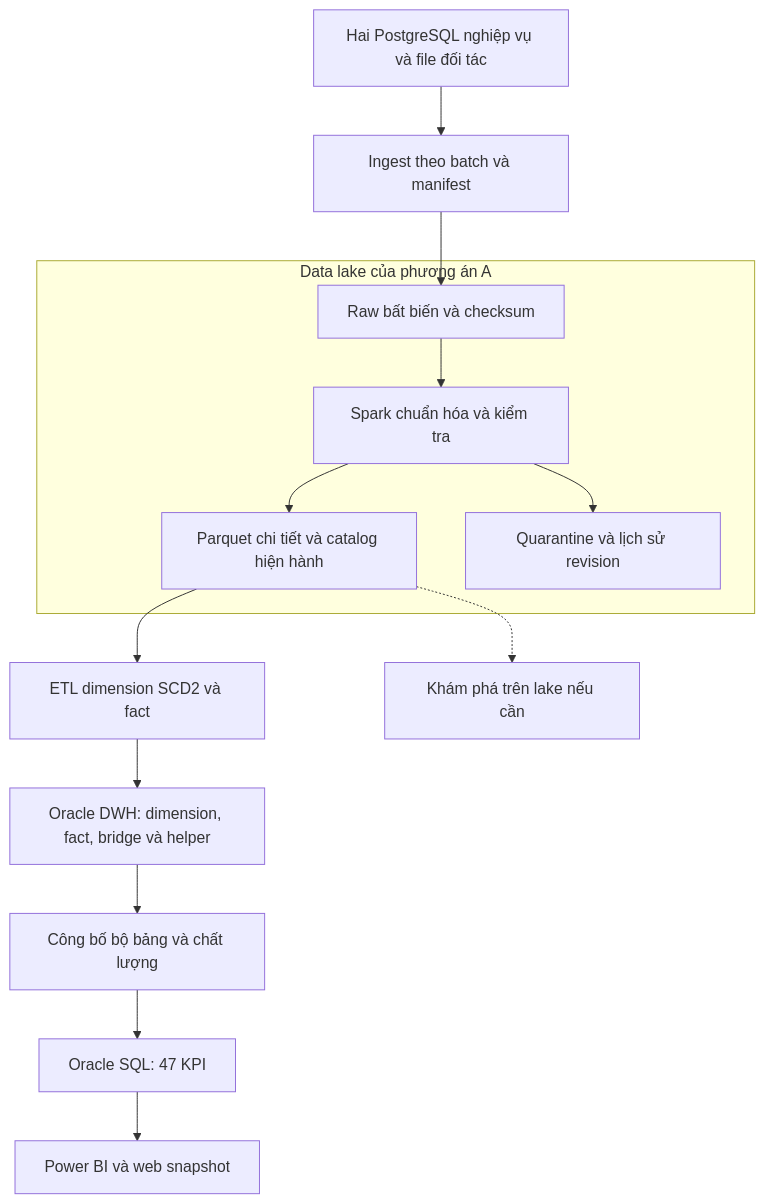
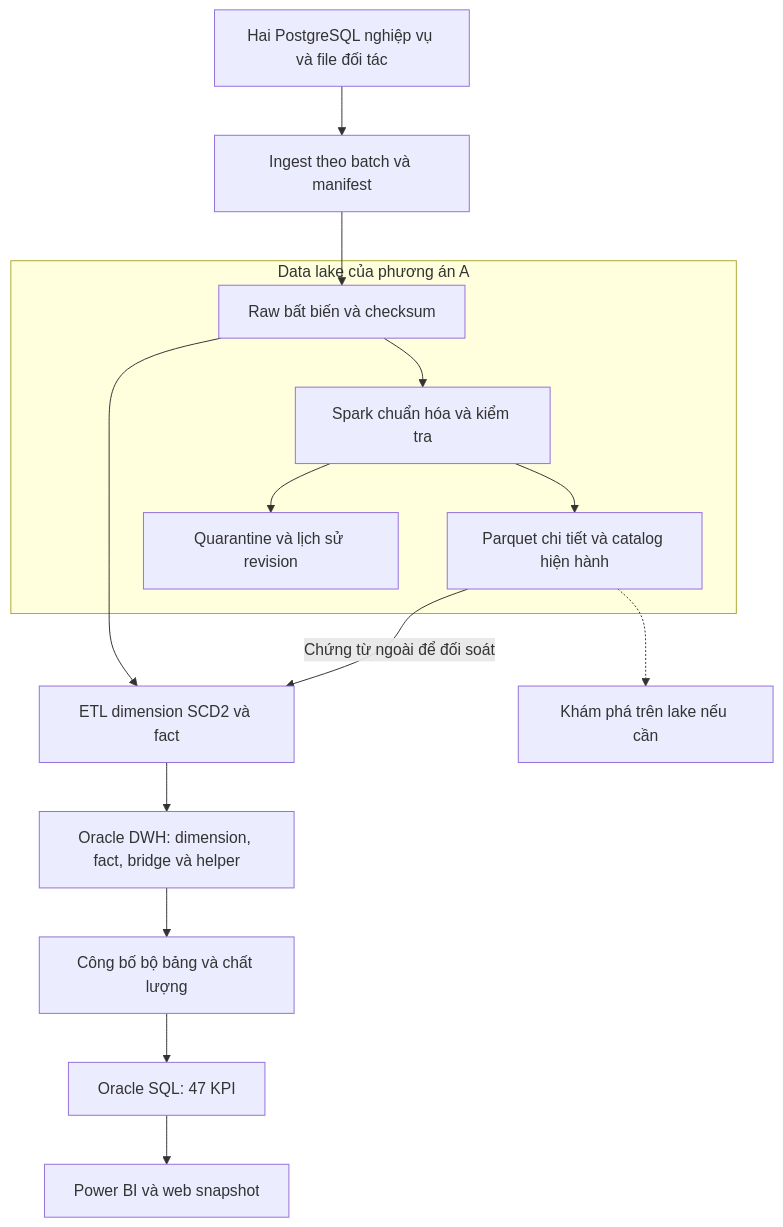
The first of 2 diagrams in docs/05-architecture-alternatives.md (tranphu1508/DE-CaseCompanyE), drawn with Mermaid before and after one commit. The commit also changed other lines of this file and 35 other files, not shown here.

````diff
--- a/docs/05-architecture-alternatives.md
+++ b/docs/05-architecture-alternatives.md
@@ -17,16 +17,17 @@
 ```mermaid
 flowchart TB
     S[Hai PostgreSQL nghiệp vụ và file đối tác] --> I[Ingest theo batch và manifest]
     subgraph L[Data lake của phương án A]
         R[Raw bất biến và checksum] --> C[Spark chuẩn hóa và kiểm tra]
         C --> P[Parquet chi tiết và catalog hiện hành]
         C --> Q[Quarantine và lịch sử revision]
     end
     I --> R
-    P --> E[ETL dimension SCD2 và fact]
+    R --> E[ETL dimension SCD2 và fact]
+    P -->|Chứng từ ngoài để đối soát| E
     E --> O[Oracle DWH: dimension, fact, bridge và helper]
     O --> PUB[Công bố bộ bảng và chất lượng]
     PUB --> SQL[Oracle SQL: 47 KPI]
     SQL --> BI[Power BI và web snapshot]
     P -.-> EXP[Khám phá trên lake nếu cần]
 ```
````
